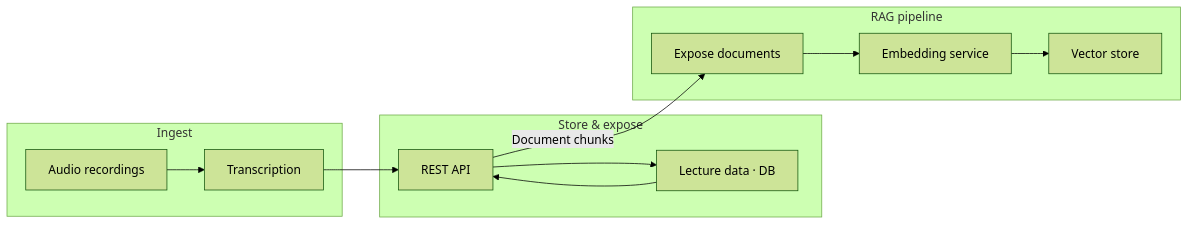
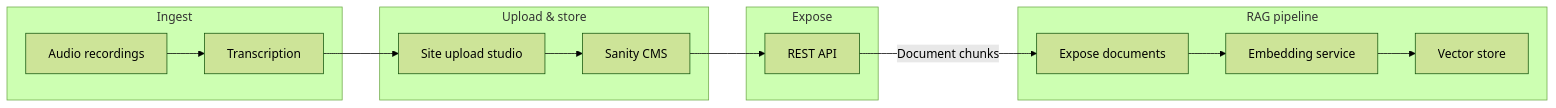
One commit to MaxFdev/maxfdev.com changed the second of 2 diagrams in data/experience/yeshiva-university.mdx. Above: the diagram before and after it, drawn with Mermaid (forest theme). The commit also changed other lines of this file, not shown here.

Commit message:
update yu experience

````diff
--- a/data/experience/yeshiva-university.mdx
+++ b/data/experience/yeshiva-university.mdx
@@ -66,26 +66,30 @@
 ```mermaid
 flowchart LR
     subgraph ingest ["Ingest"]
         Audio["Audio recordings"]
         Transcribe["Transcription"]
         Audio --> Transcribe
     end
 
-    subgraph store ["Store & expose"]
+    subgraph upload ["Upload & store"]
+        Studio["Site upload studio"]
+        Sanity["Sanity CMS"]
+        Transcribe --> Studio
+        Studio --> Sanity
+    end
+
+    subgraph expose ["Expose"]
         API["REST API"]
-        DB["Lecture data · DB"]
-        Transcribe --> API
-        API --> DB
-        DB --> API
+        Sanity --> API
     end
 
     subgraph rag_pipeline ["RAG pipeline"]
         Expose["Expose documents"]
         Embed["Embedding service"]
         Vectors["Vector store"]
         Expose --> Embed
         Embed --> Vectors
     end
 
     API -->|"Document chunks"| Expose
 ```
````
